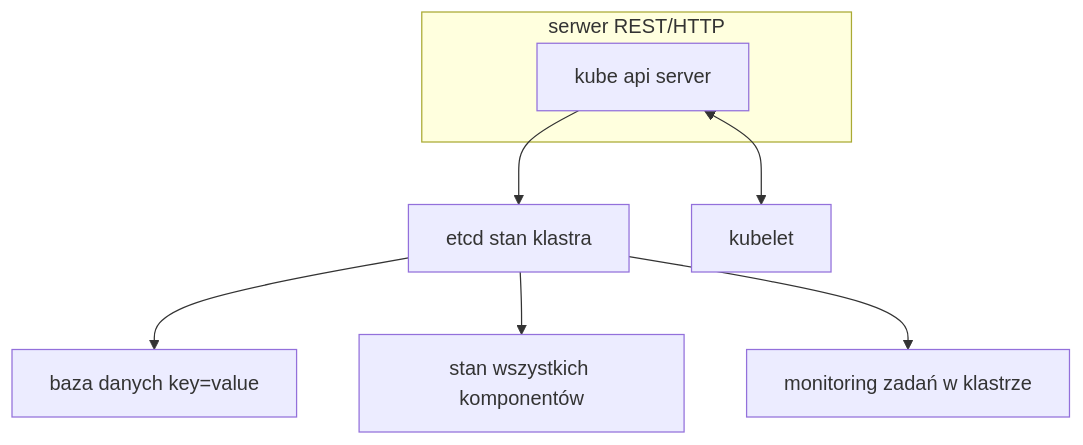
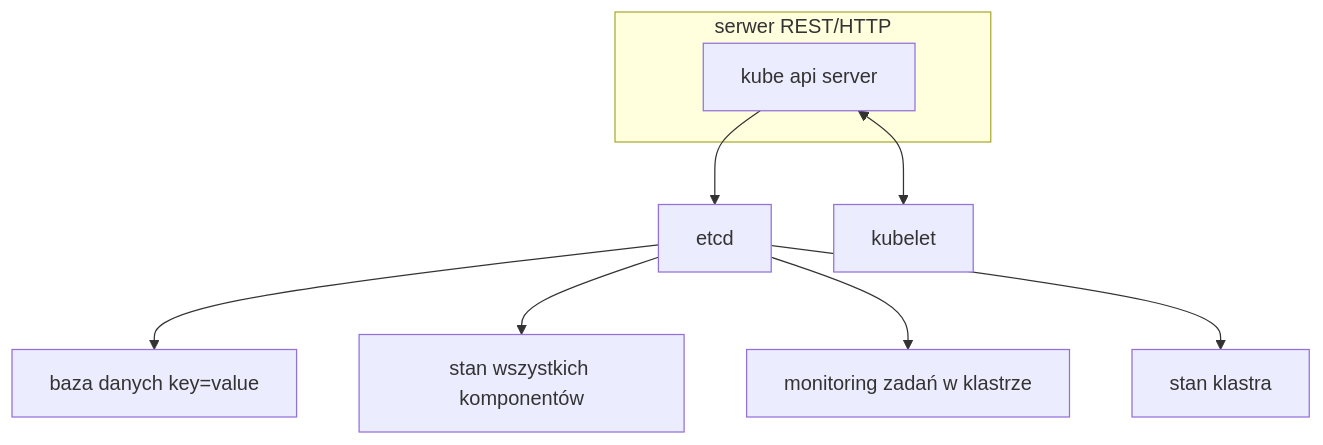
The diagram in README.md (DanyAAD90/k8s_understanding), drawn with Mermaid before and after one commit.

````diff
--- a/README.md
+++ b/README.md
@@ -4,12 +4,12 @@
 ```mermaid
 flowchart TD
-A[kube api server] --> B[etcd stan klastra]
+A[kube api server] --> B[etcd]
 A <--> C[kubelet]
 B --> D[baza danych key=value]
 B --> E[stan wszystkich komponentów]
 B --> F[monitoring zadań w klastrze]
-
+B --> G[stan klastra]
 subgraph serwer REST/HTTP
 A
 end
 ```
````
